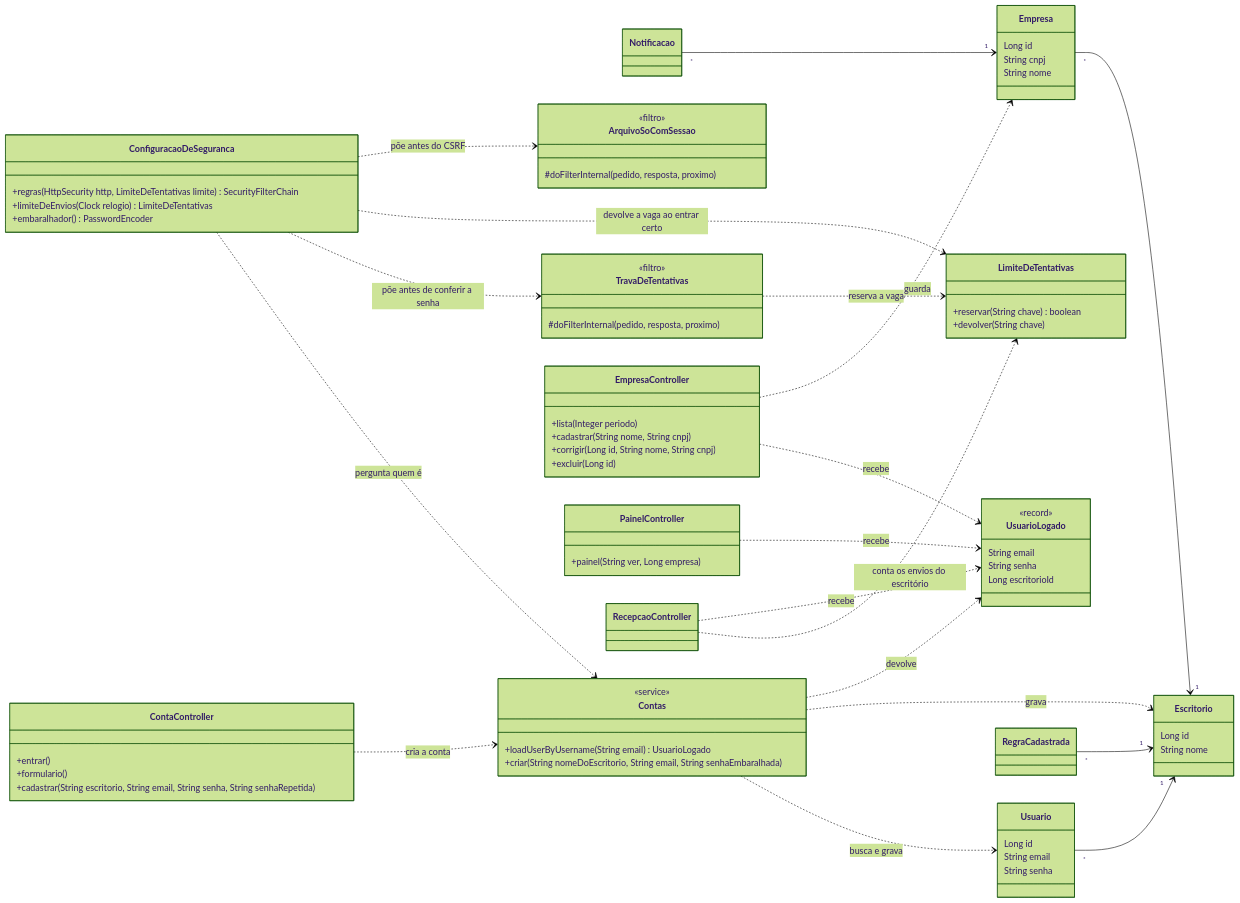
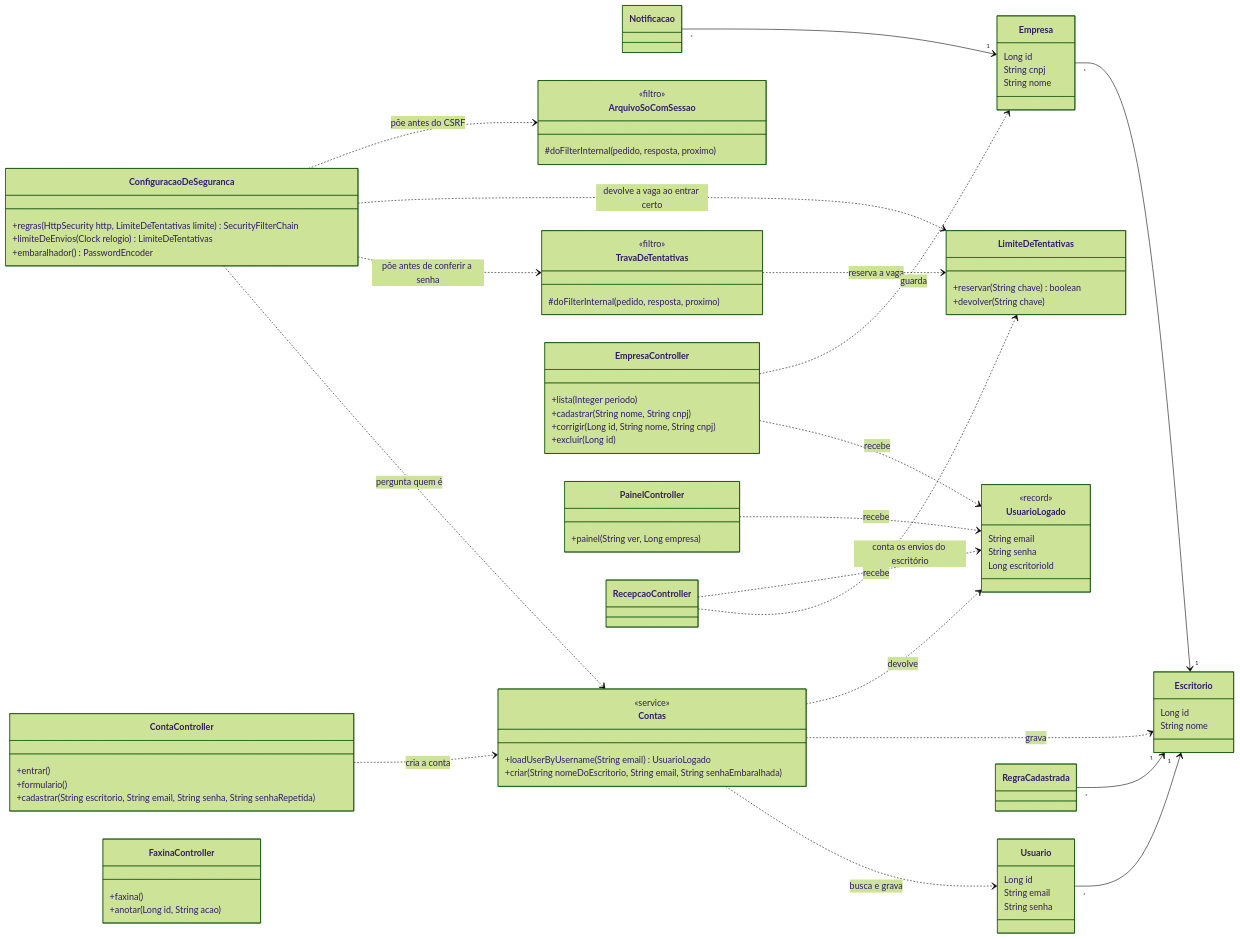
One commit to namtech-agents/atalaia changed the fourth of 9 diagrams in docs/04-arquitetura/arquitetura.md. Above: the diagram before and after it, drawn with Mermaid (forest theme). The commit also changed other lines of this file and 7 other files, not shown here.

```diff
--- a/docs/04-arquitetura/arquitetura.md
+++ b/docs/04-arquitetura/arquitetura.md
@@ -436,6 +437,10 @@
         +corrigir(Long id, String nome, String cnpj)
         +excluir(Long id)
     }
+    class FaxinaController {
+        +faxina()
+        +anotar(Long id, String acao)
+    }
     class PainelController {
         +painel(String ver, Long empresa)
     }
```
